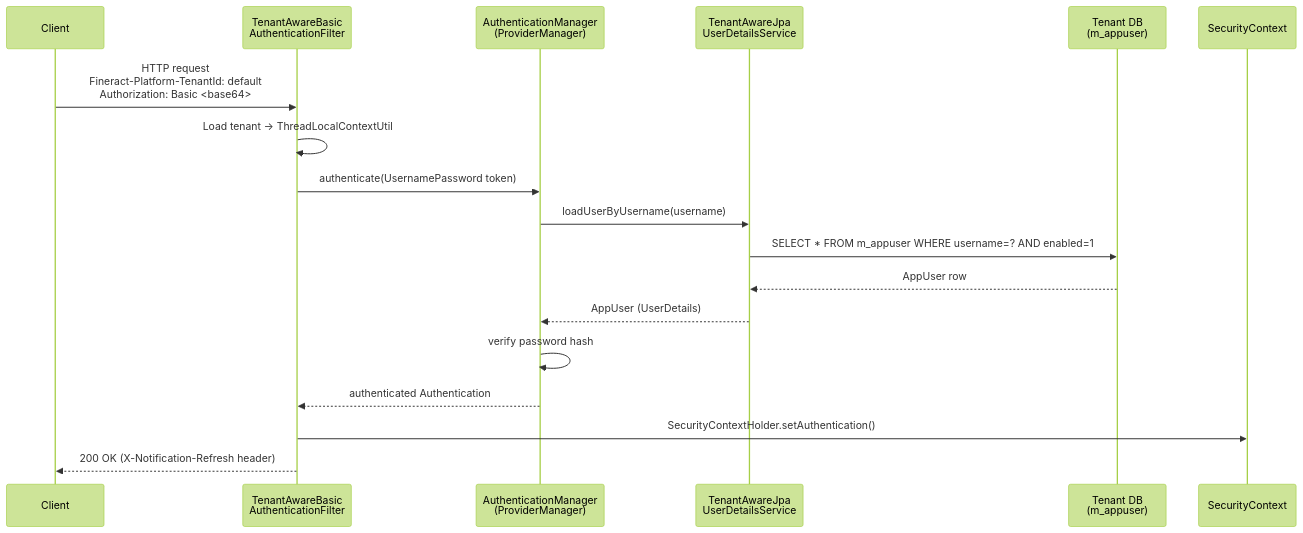
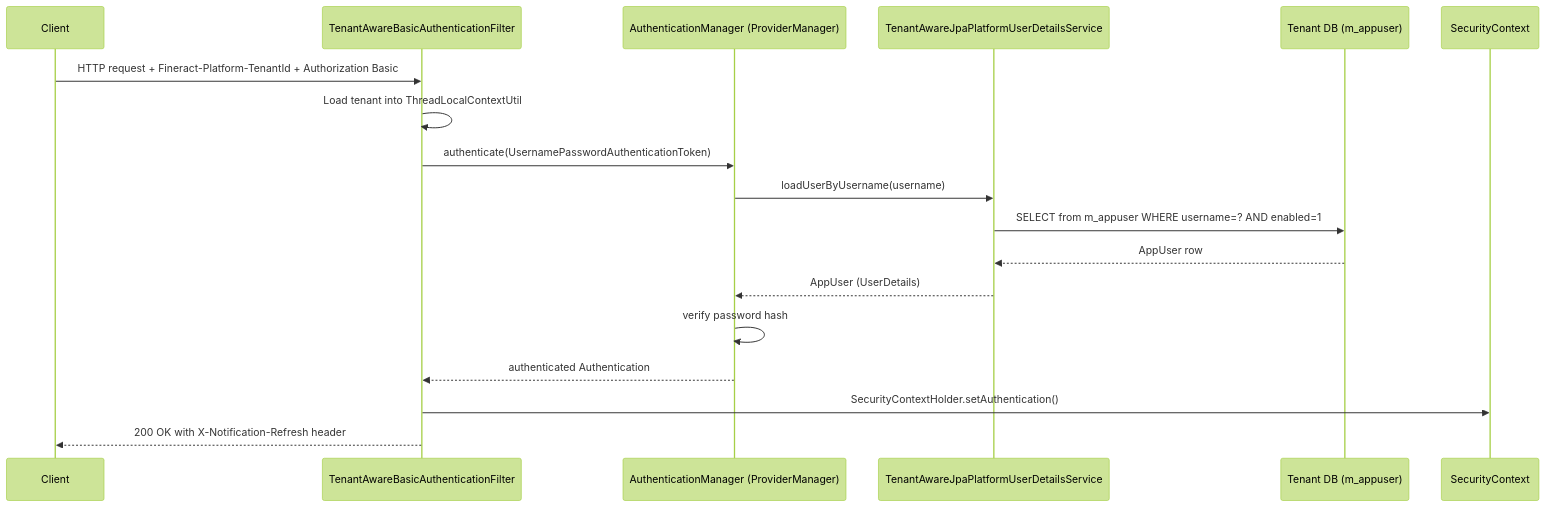
Before and after one commit to mintlify-atlas/docs-wiki-9611aba1: the diagram in security/authentication.mdx, drawn with Mermaid (forest theme). The commit also changed 25 other files, not shown here.

Commit message:
docs: review pass — accuracy audit, Mermaid fixes, orphan cleanup

````diff
--- a/security/authentication.mdx
+++ b/security/authentication.mdx
@@ -96,21 +96,21 @@
 ```mermaid
 sequenceDiagram
     participant Client
-    participant TenantFilter as TenantAwareBasic<br/>AuthenticationFilter
-    participant AuthManager as AuthenticationManager<br/>(ProviderManager)
-    participant UDS as TenantAwareJpa<br/>UserDetailsService
-    participant DB as Tenant DB<br/>(m_appuser)
+    participant TenantFilter as TenantAwareBasicAuthenticationFilter
+    participant AuthManager as AuthenticationManager (ProviderManager)
+    participant UDS as TenantAwareJpaPlatformUserDetailsService
+    participant DB as Tenant DB (m_appuser)
     participant SC as SecurityContext
 
-    Client->>TenantFilter: HTTP request<br/>Fineract-Platform-TenantId: default<br/>Authorization: Basic <base64>
-    TenantFilter->>TenantFilter: Load tenant → ThreadLocalContextUtil
-    TenantFilter->>AuthManager: authenticate(UsernamePassword token)
+    Client->>TenantFilter: HTTP request + Fineract-Platform-TenantId + Authorization Basic
+    TenantFilter->>TenantFilter: Load tenant into ThreadLocalContextUtil
+    TenantFilter->>AuthManager: authenticate(UsernamePasswordAuthenticationToken)
     AuthManager->>UDS: loadUserByUsername(username)
-    UDS->>DB: SELECT * FROM m_appuser WHERE username=? AND enabled=1
+    UDS->>DB: SELECT from m_appuser WHERE username=? AND enabled=1
     DB-->>UDS: AppUser row
     UDS-->>AuthManager: AppUser (UserDetails)
     AuthManager->>AuthManager: verify password hash
     AuthManager-->>TenantFilter: authenticated Authentication
     TenantFilter->>SC: SecurityContextHolder.setAuthentication()
-    TenantFilter-->>Client: 200 OK (X-Notification-Refresh header)
+    TenantFilter-->>Client: 200 OK with X-Notification-Refresh header
 ```
````
